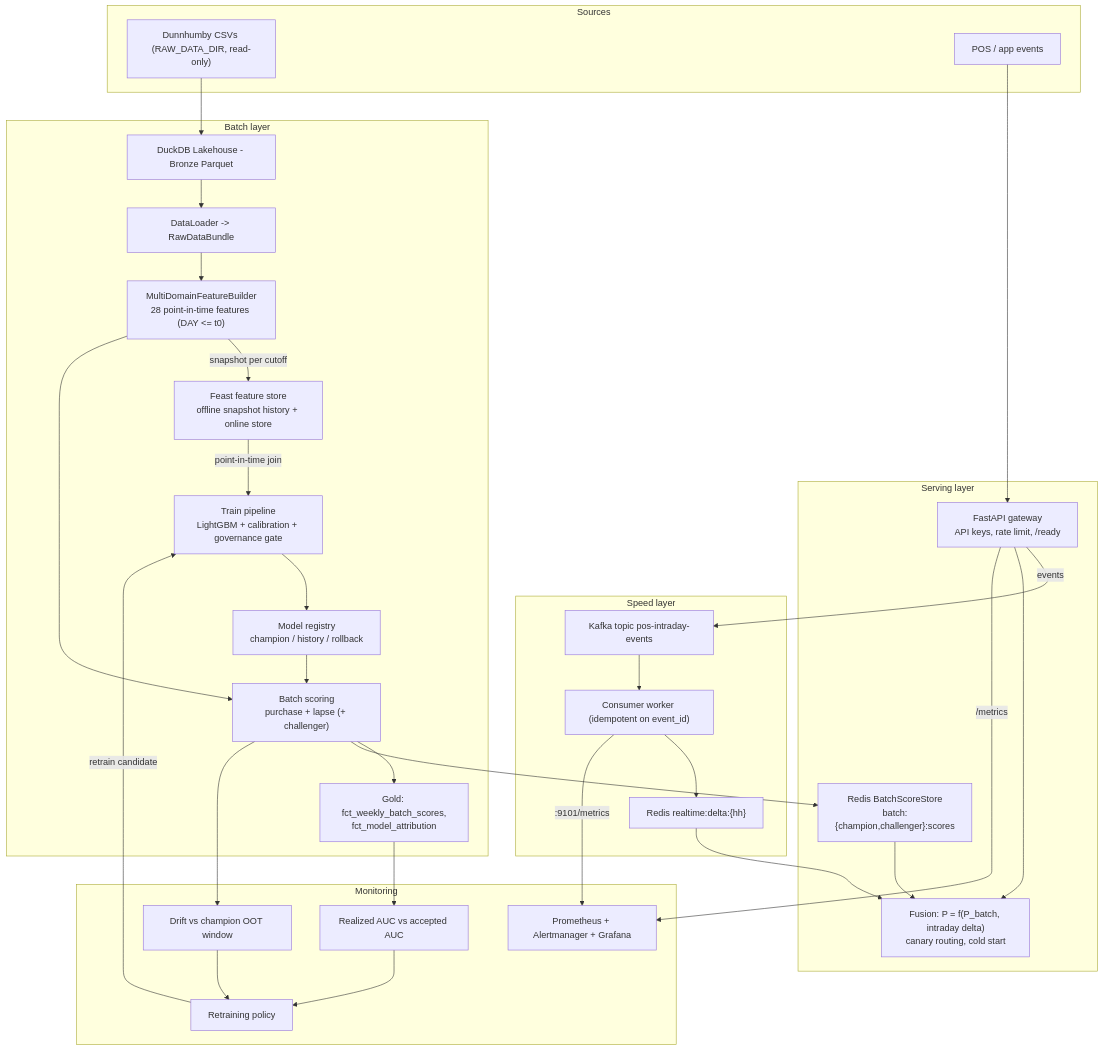
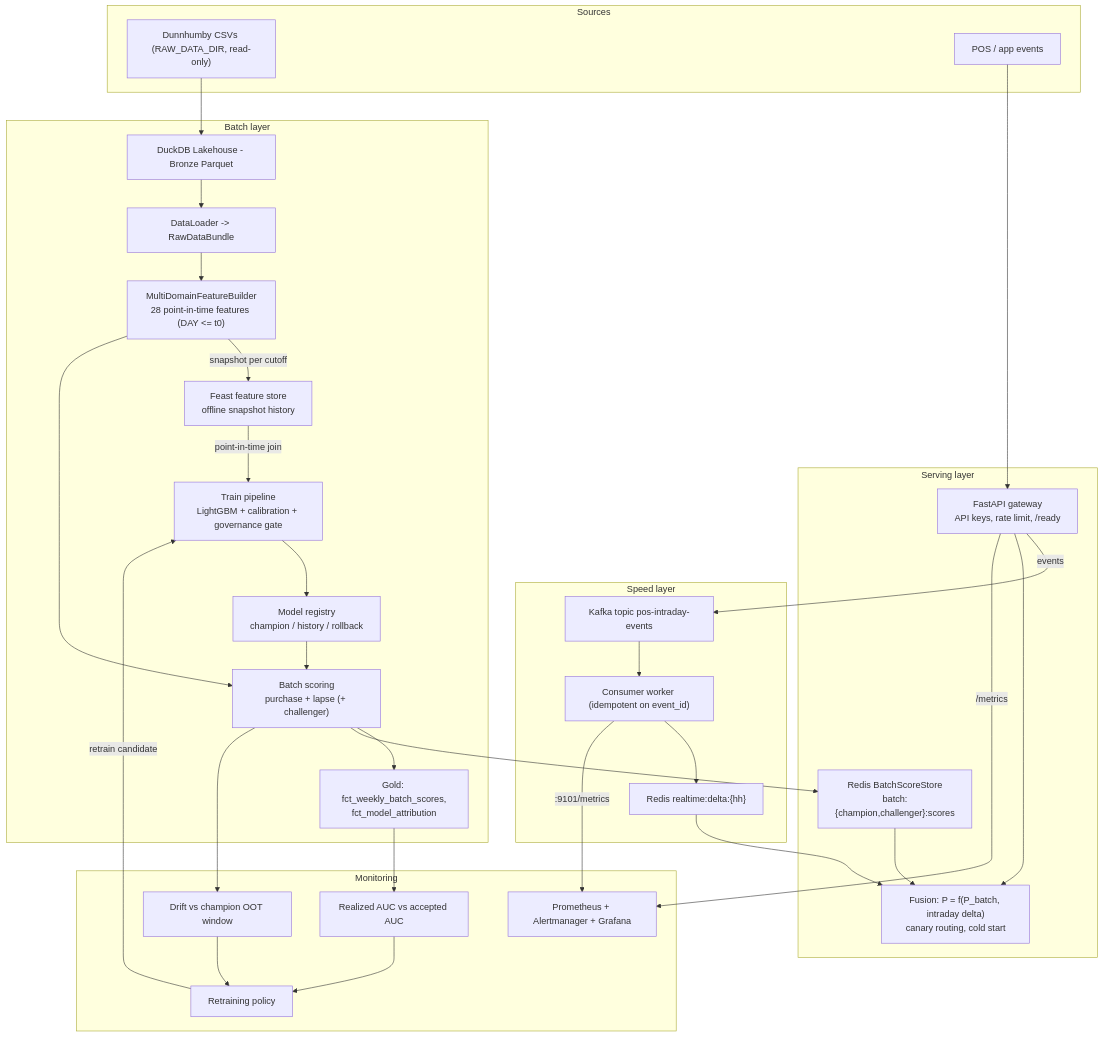
Before and after one commit to kien3007/PropensityModel: the diagram in README.md, drawn with Mermaid. The commit also changed other lines of this file and 8 other files, not shown here.

First line of the commit message:
chore(feature-store): drop the Feast online store

````diff
--- a/README.md
+++ b/README.md
@@ -32,57 +32,57 @@
 ```mermaid
 flowchart TD
     subgraph Sources["Sources"]
         CSV["Dunnhumby CSVs (RAW_DATA_DIR, read-only)"]
         POS["POS / app events"]
     end
 
     subgraph Batch["Batch layer"]
         Bronze["DuckDB Lakehouse - Bronze Parquet"]
         Loader["DataLoader -> RawDataBundle"]
         Features["MultiDomainFeatureBuilder<br/>28 point-in-time features (DAY <= t0)"]
-        FS["Feast feature store<br/>offline snapshot history + online store"]
+        FS["Feast feature store<br/>offline snapshot history"]
         Train["Train pipeline<br/>LightGBM + calibration + governance gate"]
         Registry["Model registry<br/>champion / history / rollback"]
         Score["Batch scoring<br/>purchase + lapse (+ challenger)"]
         Gold["Gold: fct_weekly_batch_scores,<br/>fct_model_attribution"]
     end
 
     subgraph Speed["Speed layer"]
         Kafka["Kafka topic pos-intraday-events"]
         Consumer["Consumer worker (idempotent on event_id)"]
         Delta["Redis realtime:delta:{hh}"]
     end
 
     subgraph Serving["Serving layer"]
         Store["Redis BatchScoreStore<br/>batch:{champion,challenger}:scores"]
         API["FastAPI gateway<br/>API keys, rate limit, /ready"]
         Fusion["Fusion: P = f(P_batch, intraday delta)<br/>canary routing, cold start"]
     end
 
     subgraph Monitoring["Monitoring"]
         Drift["Drift vs champion OOT window"]
         Feedback["Realized AUC vs accepted AUC"]
         Policy["Retraining policy"]
         Prom["Prometheus + Alertmanager + Grafana"]
     end
 
     CSV --> Bronze --> Loader --> Features
     Features -->|snapshot per cutoff| FS
     FS -->|point-in-time join| Train
     Train --> Registry
     Registry --> Score
     Features --> Score
     Score --> Gold
     Score --> Store
     POS --> API -->|events| Kafka --> Consumer --> Delta
     Store --> Fusion
     Delta --> Fusion
     API --> Fusion
     Score --> Drift
     Gold --> Feedback
     Drift --> Policy
     Feedback --> Policy
     Policy -->|retrain candidate| Train
     API -->|/metrics| Prom
     Consumer -->|:9101/metrics| Prom
 ```
````
